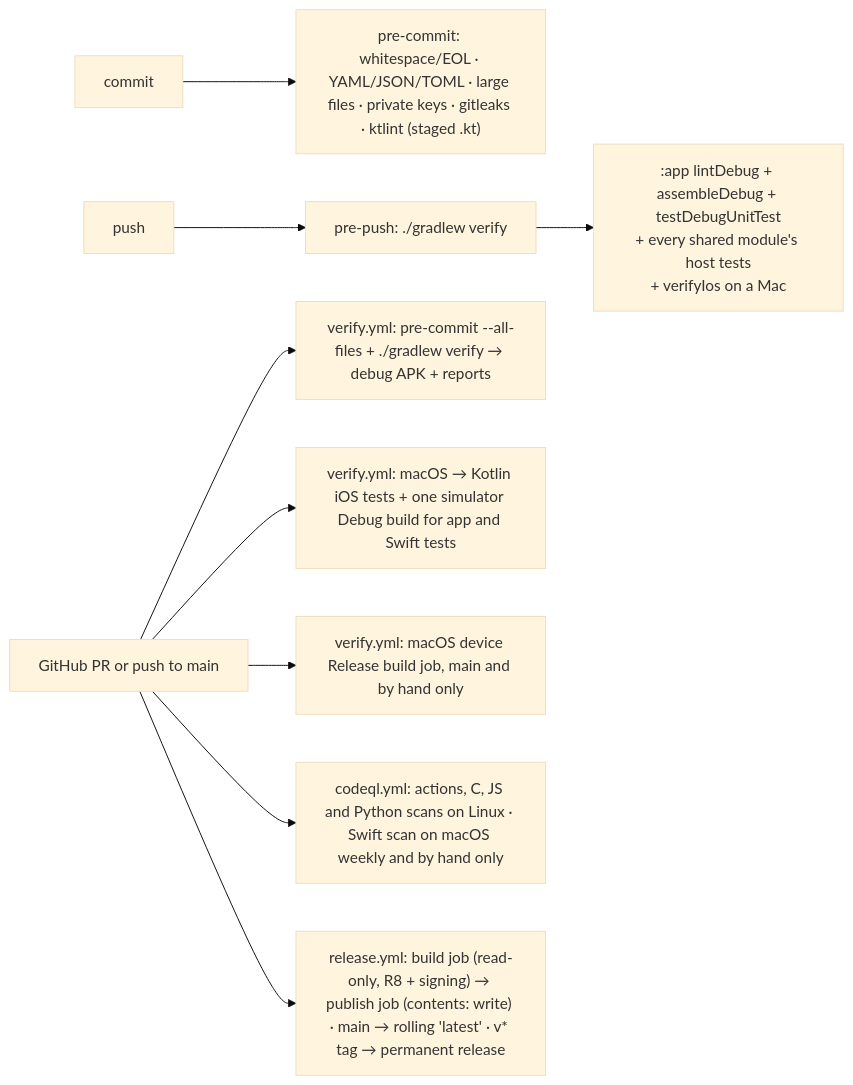
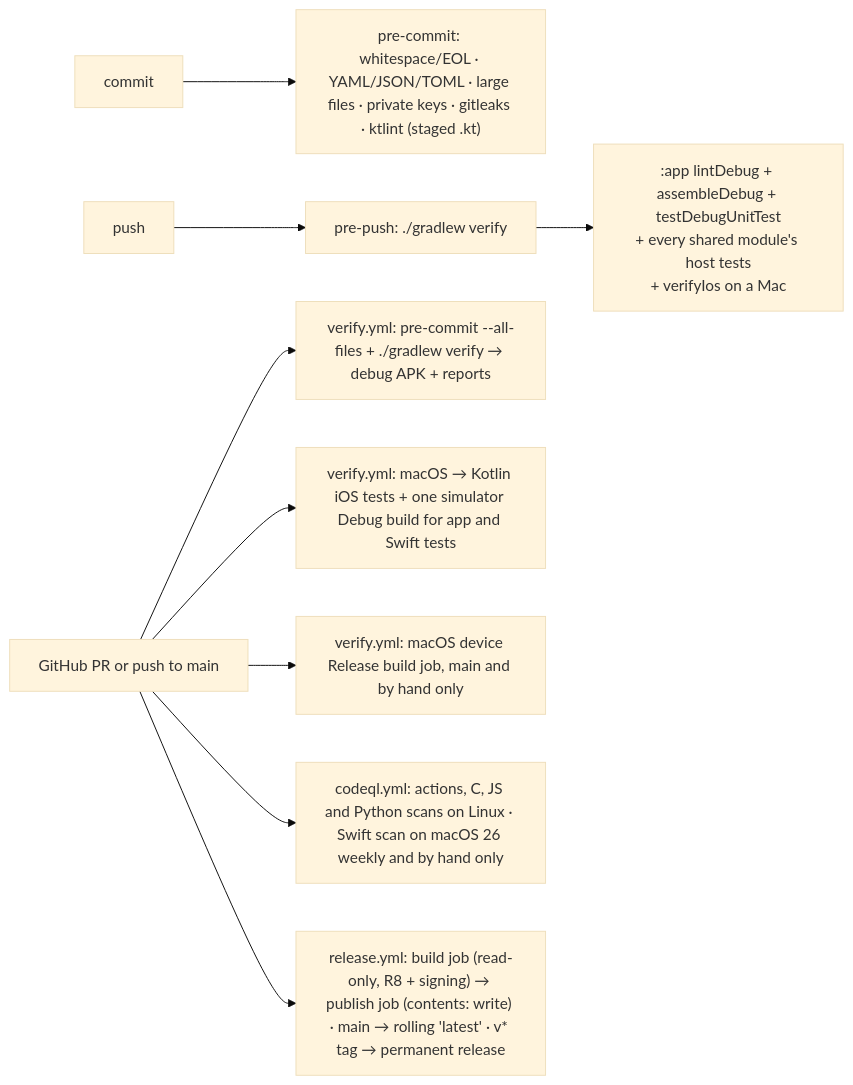
The diagram in docs/build-and-release.md (walkthru-earth/opensensor-space-mobile), drawn with Mermaid (base theme) before and after one commit. The commit also changed other lines of this file and 1 other file, not shown here.

Commit message:
Run the Swift CodeQL scan weekly and by hand only, and document macOS 26

````diff
--- a/docs/build-and-release.md
+++ b/docs/build-and-release.md
@@ -9,11 +9,11 @@
 ```mermaid
 flowchart LR
   C[commit] --> H["pre-commit: whitespace/EOL · YAML/JSON/TOML · large files · private keys · gitleaks · ktlint (staged .kt)"]
   P[push] --> V["pre-push: ./gradlew verify"]
   V --> T[":app lintDebug + assembleDebug + testDebugUnitTest<br/>+ every shared module's host tests<br/>+ verifyIos on a Mac"]
   GH[GitHub PR or push to main] --> W["verify.yml: pre-commit --all-files + ./gradlew verify → debug APK + reports"]
   GH --> I["verify.yml: macOS → Kotlin iOS tests + one simulator Debug build for app and Swift tests"]
   GH --> D["verify.yml: macOS device Release build job, main and by hand only"]
-  GH --> Q["codeql.yml: actions, C, JS and Python scans on Linux · Swift scan on macOS weekly and by hand only"]
+  GH --> Q["codeql.yml: actions, C, JS and Python scans on Linux · Swift scan on macOS 26 weekly and by hand only"]
   GH --> R["release.yml: build job (read-only, R8 + signing) → publish job (contents: write) · main → rolling 'latest' · v* tag → permanent release"]
 ```
````
